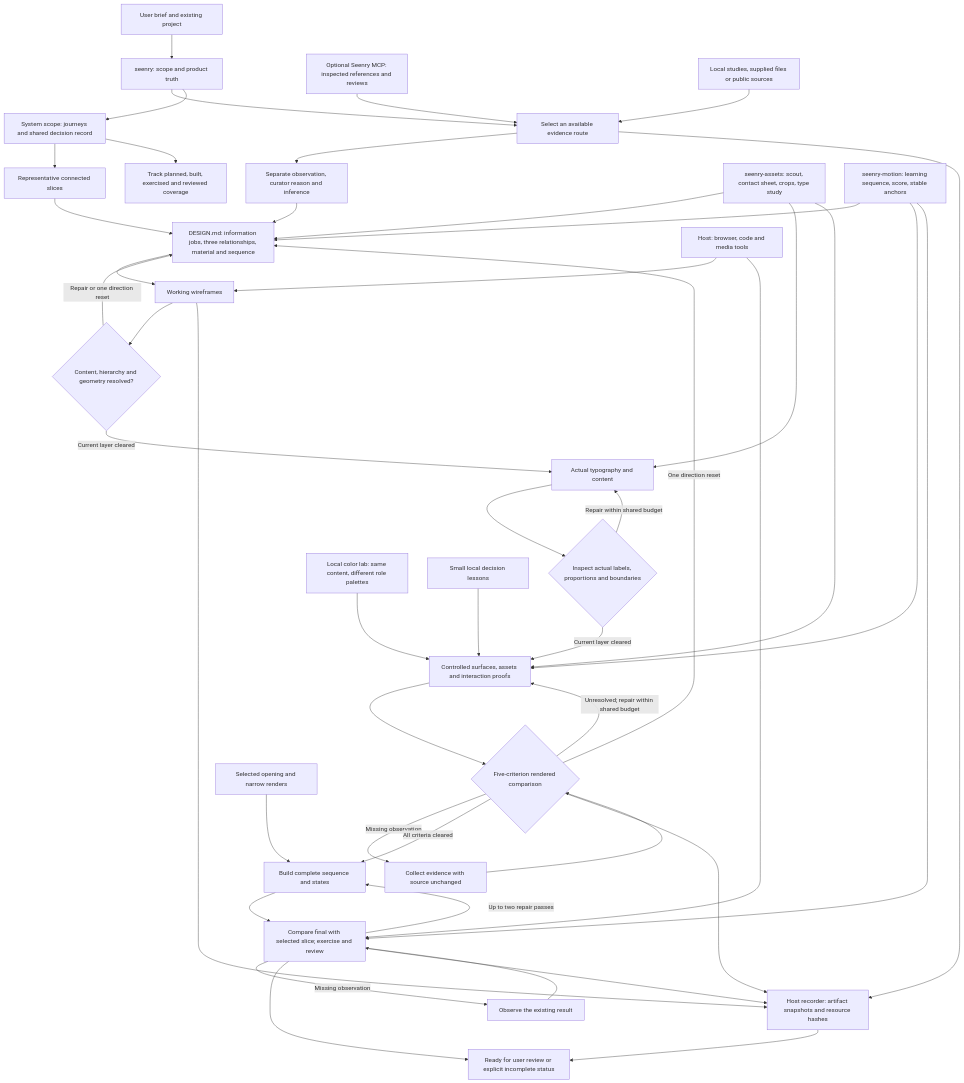
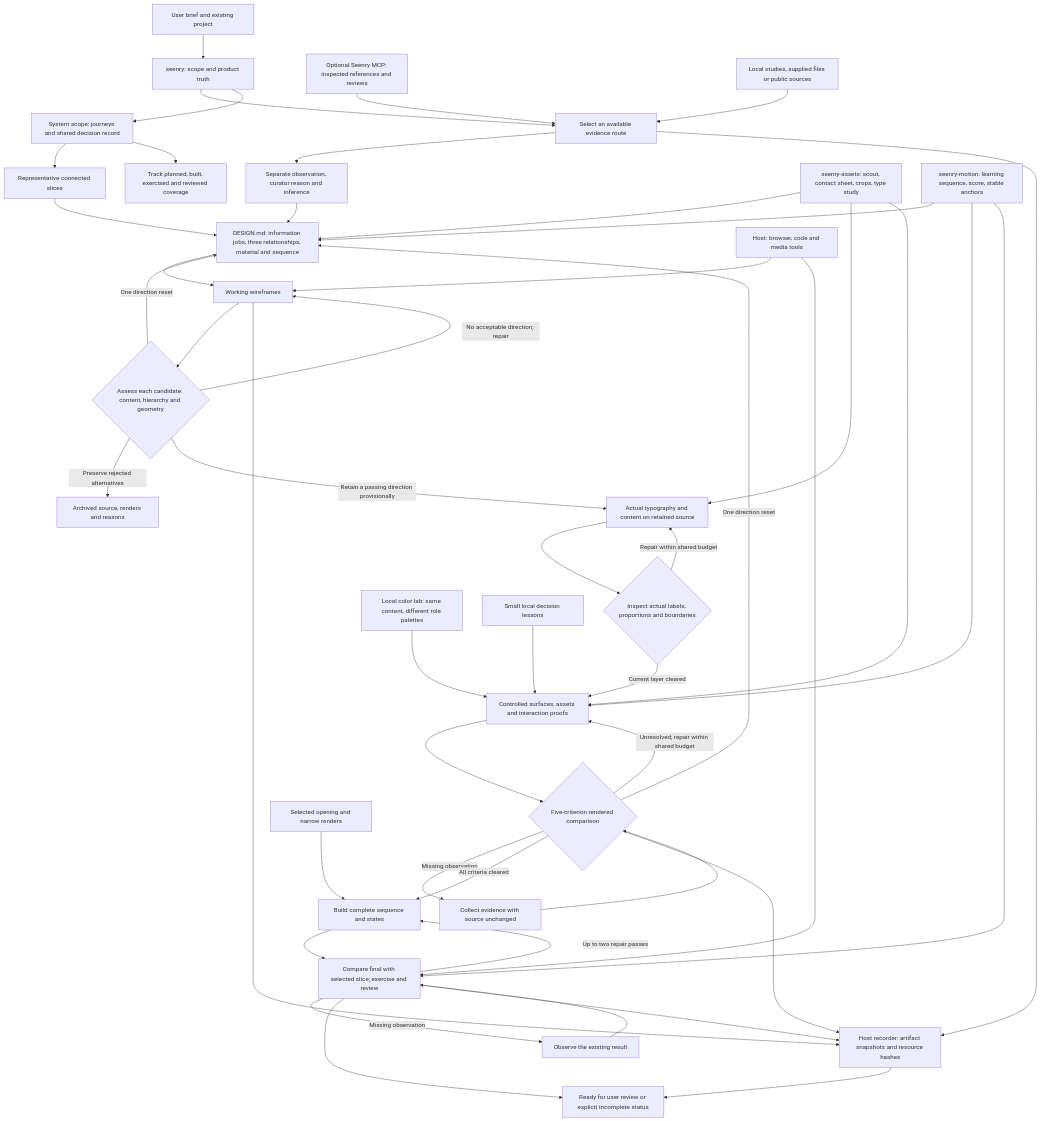
The diagram in ARCHITECTURE.md (ayangabryl/seenry-skills), drawn with Mermaid before and after one commit. The commit also changed other lines of this file and 25 other files, not shown here.

Commit message:
Retain passing directions and verify structured reviews and filled icon motion

````diff
--- a/ARCHITECTURE.md
+++ b/ARCHITECTURE.md
@@ -5,47 +5,49 @@
 ```mermaid
 flowchart TD
   U[User brief and existing project] --> S[seenry: scope and product truth]
   S --> R[Select an available evidence route]
   S --> SYS[System scope: journeys and shared decision record]
   SYS --> SL[Representative connected slices]
   SL --> P
   SYS --> COVER[Track planned, built, exercised and reviewed coverage]
   M[Optional Seenry MCP: inspected references and reviews] --> R
   L[Local studies, supplied files or public sources] --> R
   R --> E[Separate observation, curator reason and inference]
   E --> P[DESIGN.md: information jobs, three relationships, material and sequence]
   P --> W[Working wireframes]
-  W --> WG{Content, hierarchy and geometry resolved?}
-  WG -->|Repair or one direction reset| P
-  WG -->|Current layer cleared| T[Actual typography and content]
+  W --> WG{Assess each candidate: content, hierarchy and geometry}
+  WG -->|No acceptable direction; repair| W
+  WG -->|One direction reset| P
+  WG -->|Preserve rejected alternatives| ARCH[Archived source, renders and reasons]
+  WG -->|Retain a passing direction provisionally| T[Actual typography and content on retained source]
   T --> TG{Inspect actual labels, proportions and boundaries}
   TG -->|Repair within shared budget| T
   TG -->|Current layer cleared| V[Controlled surfaces, assets and interaction proofs]
   CL[Local color lab: same content, different role palettes] --> V
   VL[Small local decision lessons] --> V
   V --> C{Five-criterion rendered comparison}
   C -->|Missing observation| OBS[Collect evidence with source unchanged]
   OBS --> C
   C -->|One direction reset| P
   C -->|Unresolved; repair within shared budget| V
   C -->|All criteria cleared| B[Build complete sequence and states]
   KEEP[Selected opening and narrow renders] --> B
   B --> Q[Compare final with selected slice; exercise and review]
   Q -->|Missing observation| OBS2[Observe the existing result]
   OBS2 --> Q
   Q -->|Up to two repair passes| B
   Q --> F[Ready for user review or explicit incomplete status]
   A[seenry-assets: scout, contact sheet, crops, type study] --> P
   A --> T
   A --> V
   O[seenry-motion: learning sequence, score, stable anchors] --> P
   O --> V
   O --> Q
   H[Host: browser, code and media tools] --> W
   H --> Q
   R --> REC[Host recorder: artifact snapshots and resource hashes]
   W --> REC
   C --> REC
   Q --> REC
   REC --> F
 ```
````
